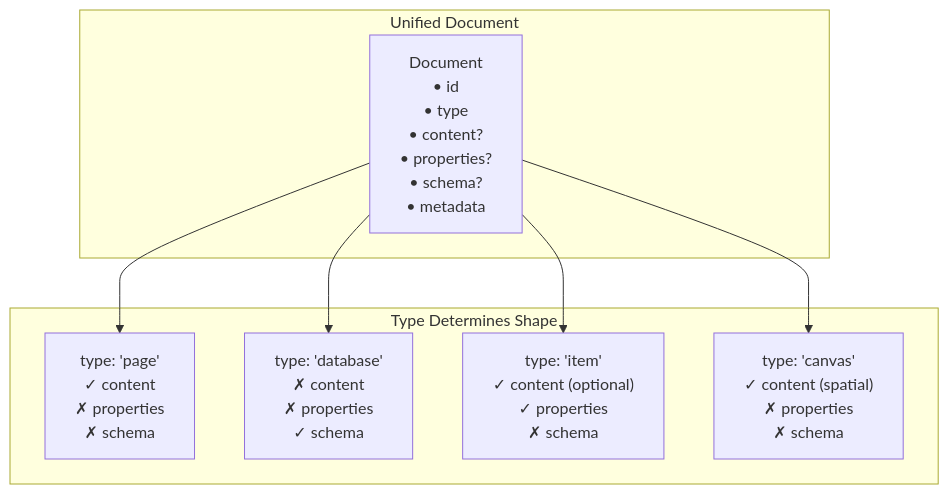
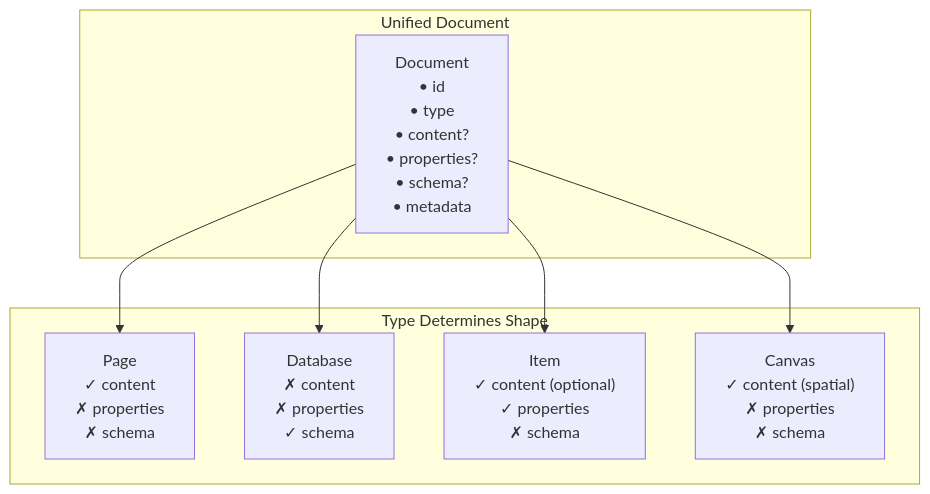
Before and after one commit to crs48/xNet: the second of 2 diagrams in docs/planStep02_1DataModelConsolidation/03-unified-document-model.md, drawn with Mermaid. The commit also changed other lines of this file and 5 other files, not shown here.

````diff
--- a/docs/planStep02_1DataModelConsolidation/03-unified-document-model.md
+++ b/docs/planStep02_1DataModelConsolidation/03-unified-document-model.md
@@ -63,18 +63,18 @@
 ```mermaid
 flowchart TD
     subgraph unified["Unified Document"]
         DOC["Document<br/>• id<br/>• type<br/>• content?<br/>• properties?<br/>• schema?<br/>• metadata"]
     end
 
     subgraph types["Type Determines Shape"]
-        PAGE["type: 'page'<br/>✓ content<br/>✗ properties<br/>✗ schema"]
-        DATABASE["type: 'database'<br/>✗ content<br/>✗ properties<br/>✓ schema"]
-        ITEM["type: 'item'<br/>✓ content (optional)<br/>✓ properties<br/>✗ schema"]
-        CANVAS["type: 'canvas'<br/>✓ content (spatial)<br/>✗ properties<br/>✗ schema"]
+        PAGE["Page<br/>✓ content<br/>✗ properties<br/>✗ schema"]
+        DATABASE["Database<br/>✗ content<br/>✗ properties<br/>✓ schema"]
+        ITEM["Item<br/>✓ content (optional)<br/>✓ properties<br/>✗ schema"]
+        CANVAS["Canvas<br/>✓ content (spatial)<br/>✗ properties<br/>✗ schema"]
     end
 
     DOC --> PAGE
     DOC --> DATABASE
     DOC --> ITEM
     DOC --> CANVAS
 ```
````
